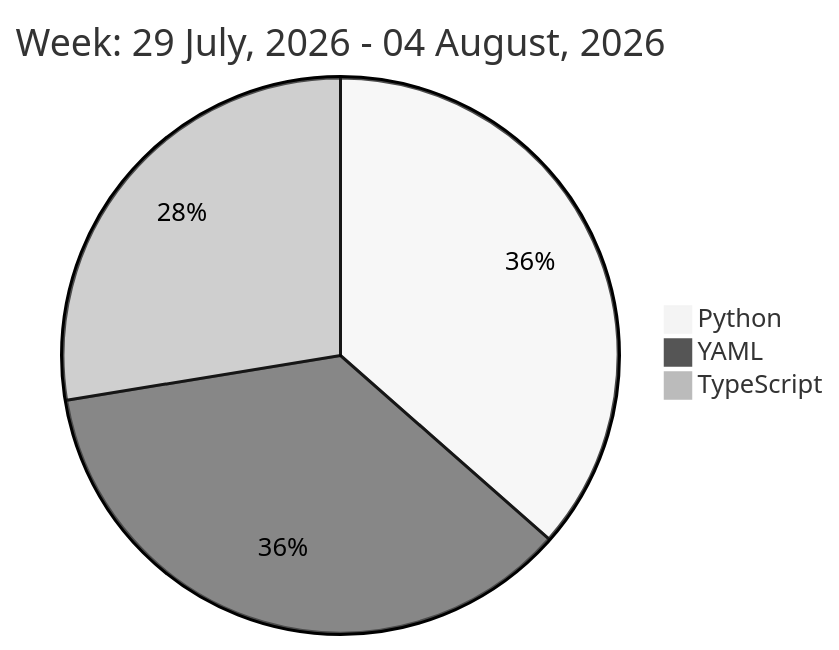
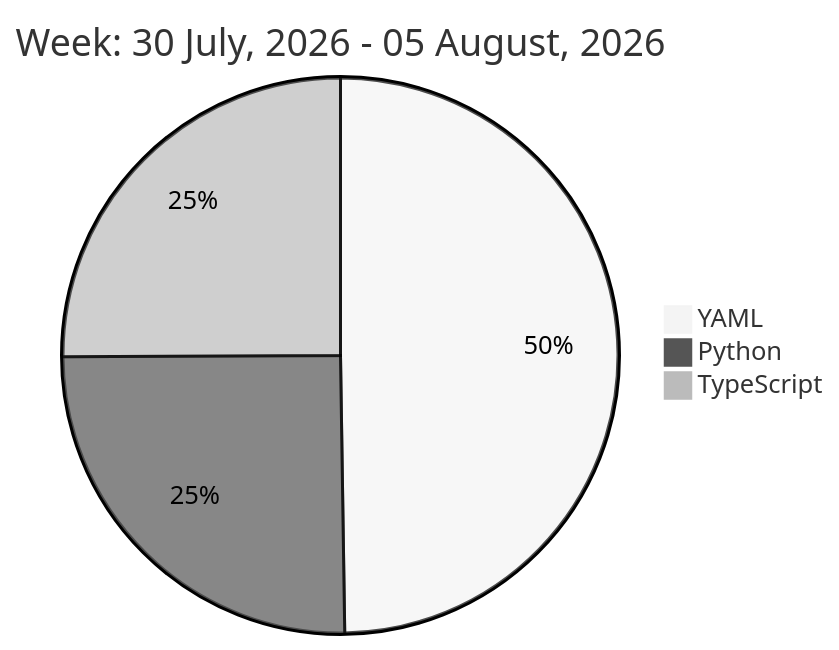
Before and after one commit to liubin95/liubin95: the diagram in README.md, drawn with Mermaid (neutral theme).

Commit message:
Updated the Graph with new Metrics

````diff
--- a/README.md
+++ b/README.md
@@ -32,7 +32,7 @@
 ```mermaid
  pie
-title Week: 29 July, 2026 - 04 August, 2026
- "Python" : 3.93
- "YAML" : 3.87
- "TypeScript" : 2.97
+title Week: 30 July, 2026 - 05 August, 2026
+ "YAML" : 5.1
+ "Python" : 2.58
+ "TypeScript" : 2.57
 ```
````
